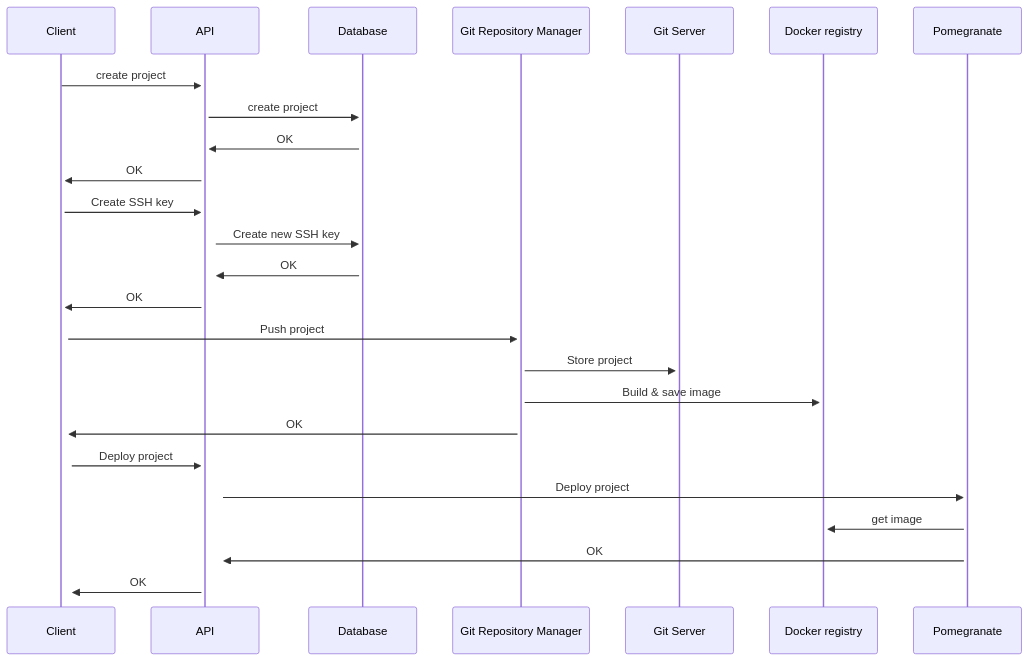
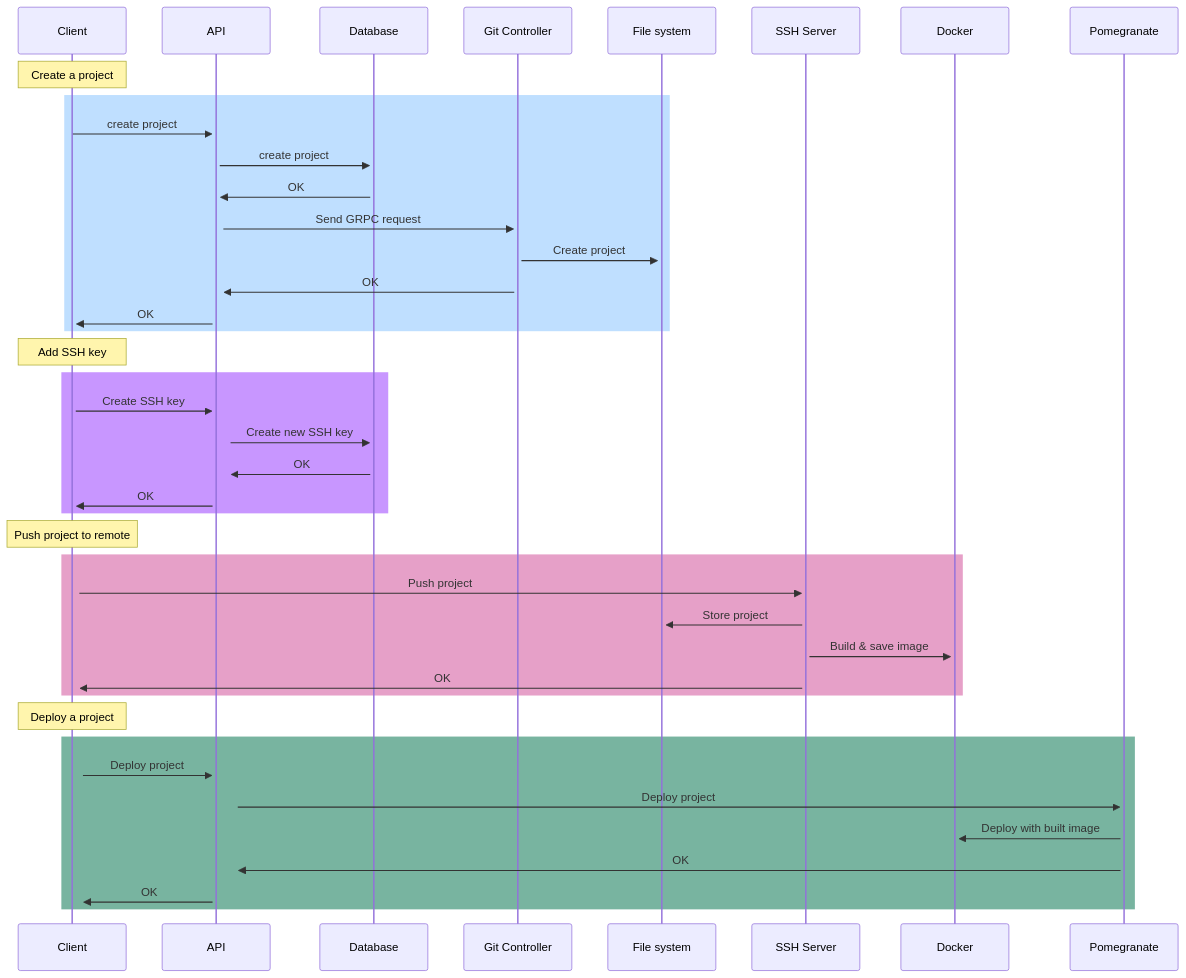
The second of 2 diagrams in Architecture.md (paastech-cloud/docs), drawn with Mermaid before and after one commit.

Commit message:
fix: better diagram

````diff
--- a/Architecture.md
+++ b/Architecture.md
@@ -102,20 +102,35 @@
 ```mermaid
 sequenceDiagram
+    note over Client: Create a project
+    rect rgb(191, 223, 255)
     Client->>+API: create project
     API->>+Database: create project
     Database->>+API: OK
+    API->>+Git Controller: Send GRPC request
+    Git Controller->>+File system: Create project
+    Git Controller->>+API: OK
     API->>+Client: OK
+    end
+    note over Client: Add SSH key
+    rect rgb(200, 150, 255)
     Client->>+API: Create SSH key
     API->>+Database: Create new SSH key
     Database->>+API: OK
     API->>+Client: OK
-    Client->>+Git Repository Manager: Push project
-    Git Repository Manager->>+Git Server: Store project
-    Git Repository Manager->>+Docker registry: Build & save image
-    Git Repository Manager->>+ Client: OK
+    end
+    note over Client: Push project to remote
+    rect rgb(230, 160, 200)
+    Client->>+SSH Server: Push project
+    SSH Server->>+File system: Store project
+    SSH Server->>+Docker: Build & save image
+    SSH Server->>+ Client: OK
+    end
+    note over Client: Deploy a project
+    rect rgb(120, 180, 160)
     Client->>+API: Deploy project
     API->>+Pomegranate: Deploy project
-    Pomegranate->>+Docker registry: get image
+    Pomegranate->>+Docker: Deploy with built image
     Pomegranate->>+API: OK
     API->>+Client: OK
+    end
 ```
````
